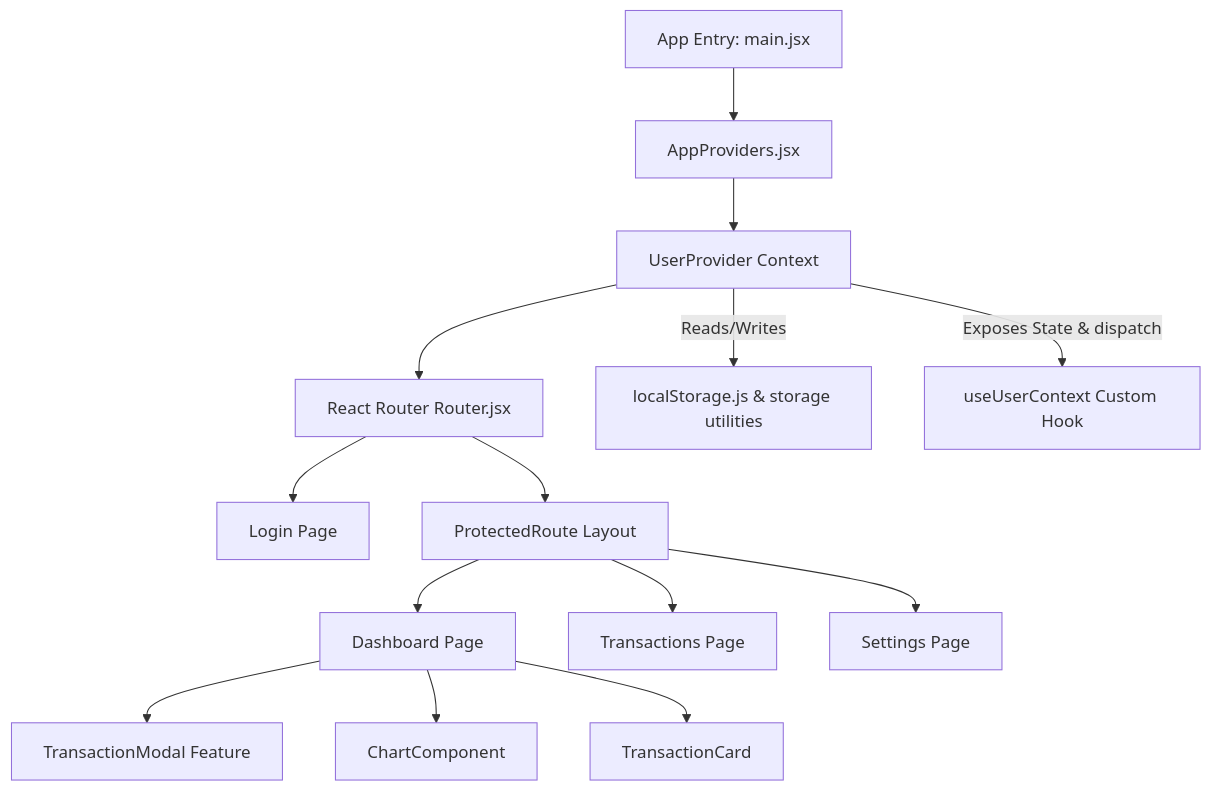
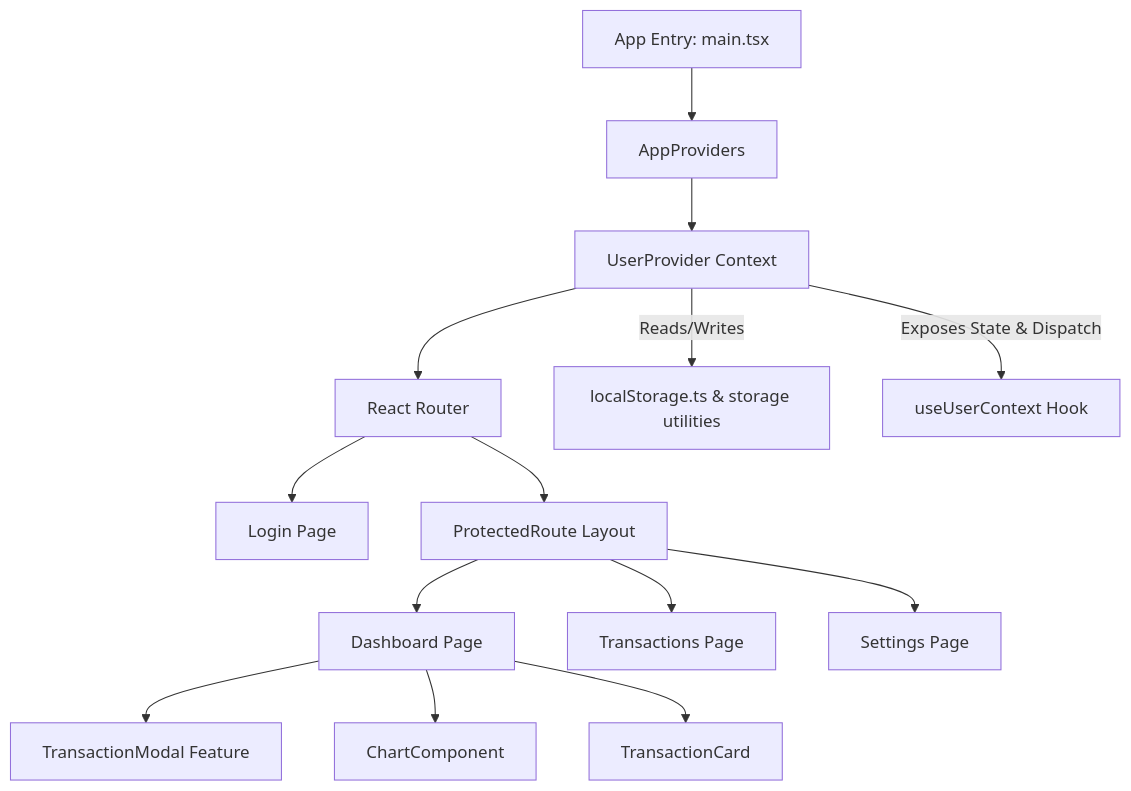
One commit to nyniraula/Caden changed the diagram in README.md. Above: the diagram before and after it, drawn with Mermaid. The commit also changed other lines of this file, not shown here.

````diff
--- a/README.md
+++ b/README.md
@@ -49,18 +50,18 @@
 ```mermaid
 graph TD
-    A[App Entry: main.jsx] --> B[AppProviders.jsx]
+    A[App Entry: main.tsx] --> B[AppProviders]
     B --> C[UserProvider Context]
-    C --> D[React Router Router.jsx]
+    C --> D[React Router]
     D --> E[Login Page]
     D --> F[ProtectedRoute Layout]
     F --> G[Dashboard Page]
     F --> H[Transactions Page]
     F --> I[Settings Page]
 
     G --> J[TransactionModal Feature]
     G --> K[ChartComponent]
     G --> L[TransactionCard]
 
-    C -->|Reads/Writes| M[localStorage.js & storage utilities]
-    C -->|Exposes State & dispatch| N[useUserContext Custom Hook]
+    C -->|Reads/Writes| M[localStorage.ts & storage utilities]
+    C -->|Exposes State & Dispatch| N[useUserContext Hook]
 ```
````
